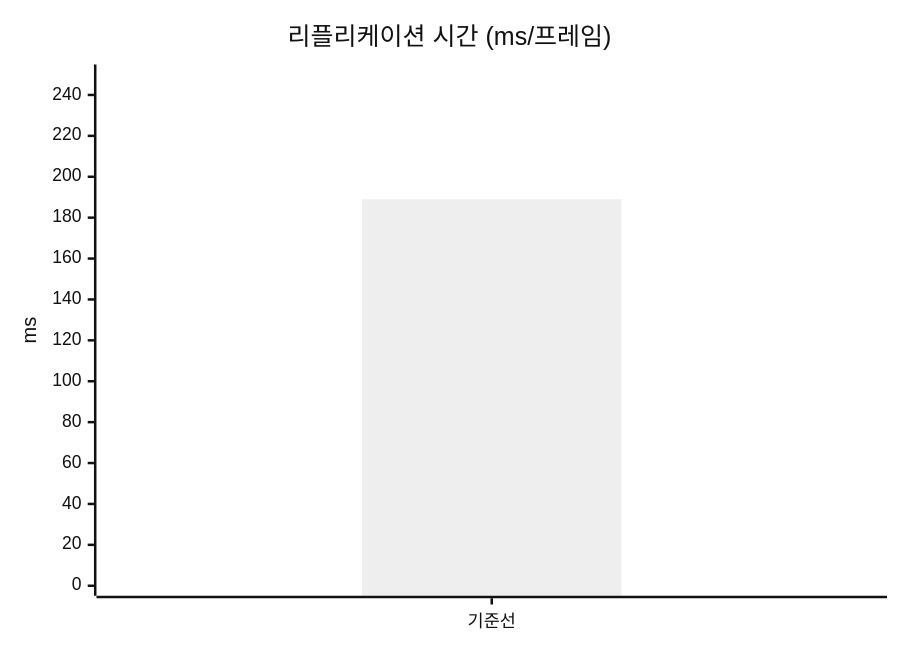
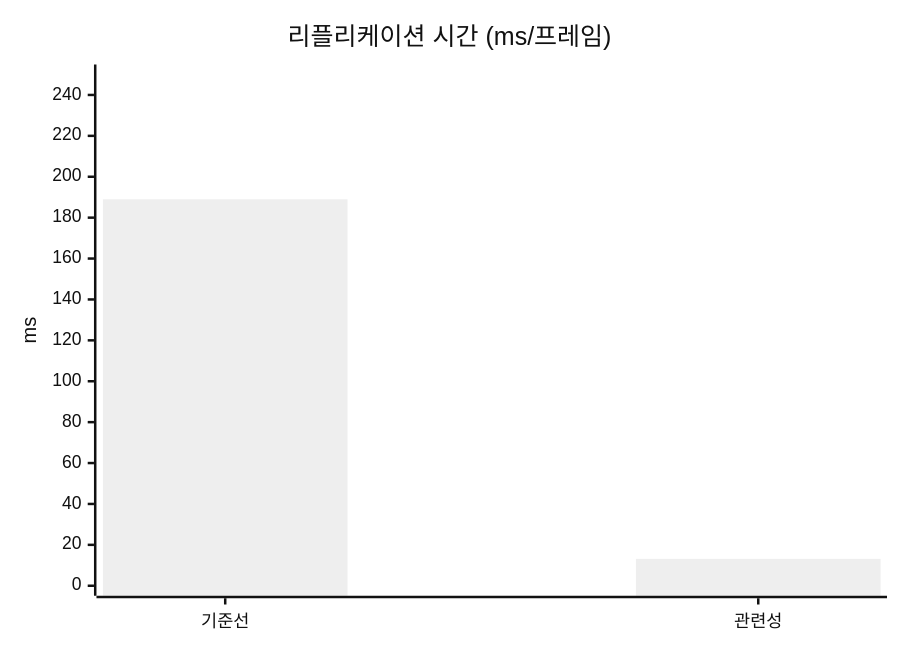
The fourth of 5 diagrams in README.md (hon454/ue-dedicated-server-optimization-lab), drawn with Mermaid (neutral theme) before and after one commit. The commit also changed other lines of this file and 9 other files, not shown here.

````diff
--- a/README.md
+++ b/README.md
@@ -110,7 +111,7 @@
 ```mermaid
 xychart-beta
     title "리플리케이션 시간 (ms/프레임)"
-    x-axis ["기준선"]
+    x-axis ["기준선", "관련성"]
     y-axis "ms" 0 --> 250
-    bar [188.97]
+    bar [188.97, 13.14]
 ```
````
